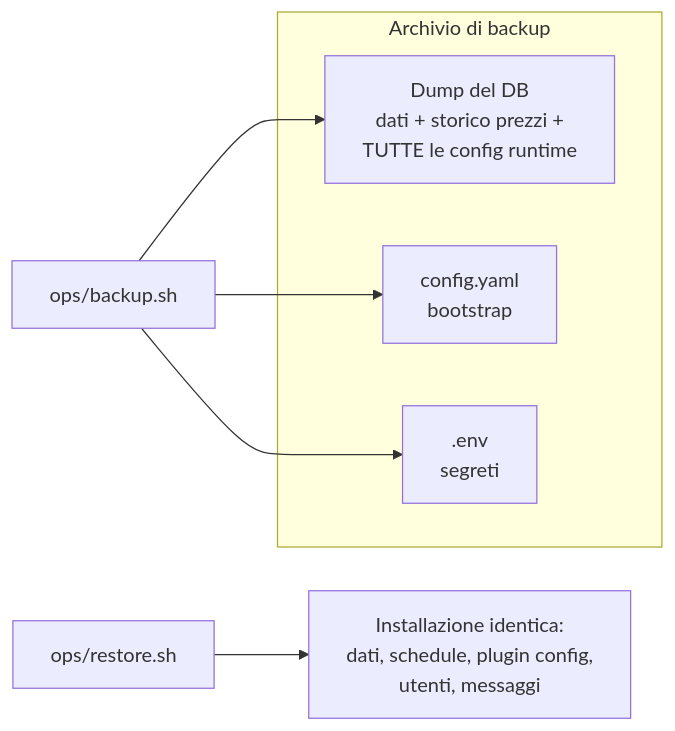
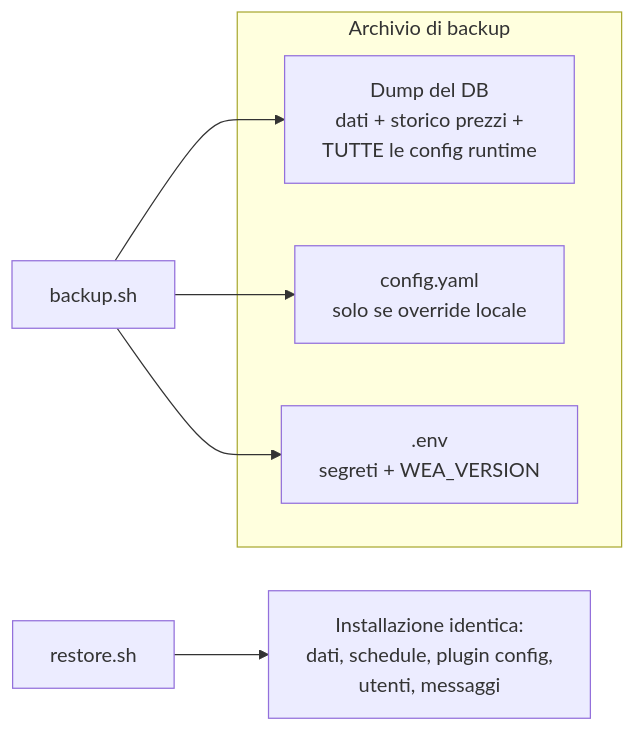
Before and after one commit to caporalesimone/watch-em-all: the diagram in docs/infrastructure/backup-and-restore.md, drawn with Mermaid. The commit also changed other lines of this file and 11 other files, not shown here.

````diff
--- a/docs/infrastructure/backup-and-restore.md
+++ b/docs/infrastructure/backup-and-restore.md
@@ -47,10 +48,10 @@
 ```mermaid
 flowchart LR
     subgraph "Archivio di backup"
         D[Dump del DB<br/>dati + storico prezzi +<br/>TUTTE le config runtime]
-        C[config.yaml<br/>bootstrap]
-        E[.env<br/>segreti]
+        C[config.yaml<br/>solo se override locale]
+        E[.env<br/>segreti + WEA_VERSION]
     end
-    B[ops/backup.sh] --> D & C & E
-    R[ops/restore.sh] --> RIP[Installazione identica:<br/>dati, schedule, plugin config,<br/>utenti, messaggi]
+    B[backup.sh] --> D & C & E
+    R[restore.sh] --> RIP[Installazione identica:<br/>dati, schedule, plugin config,<br/>utenti, messaggi]
 ```
````
